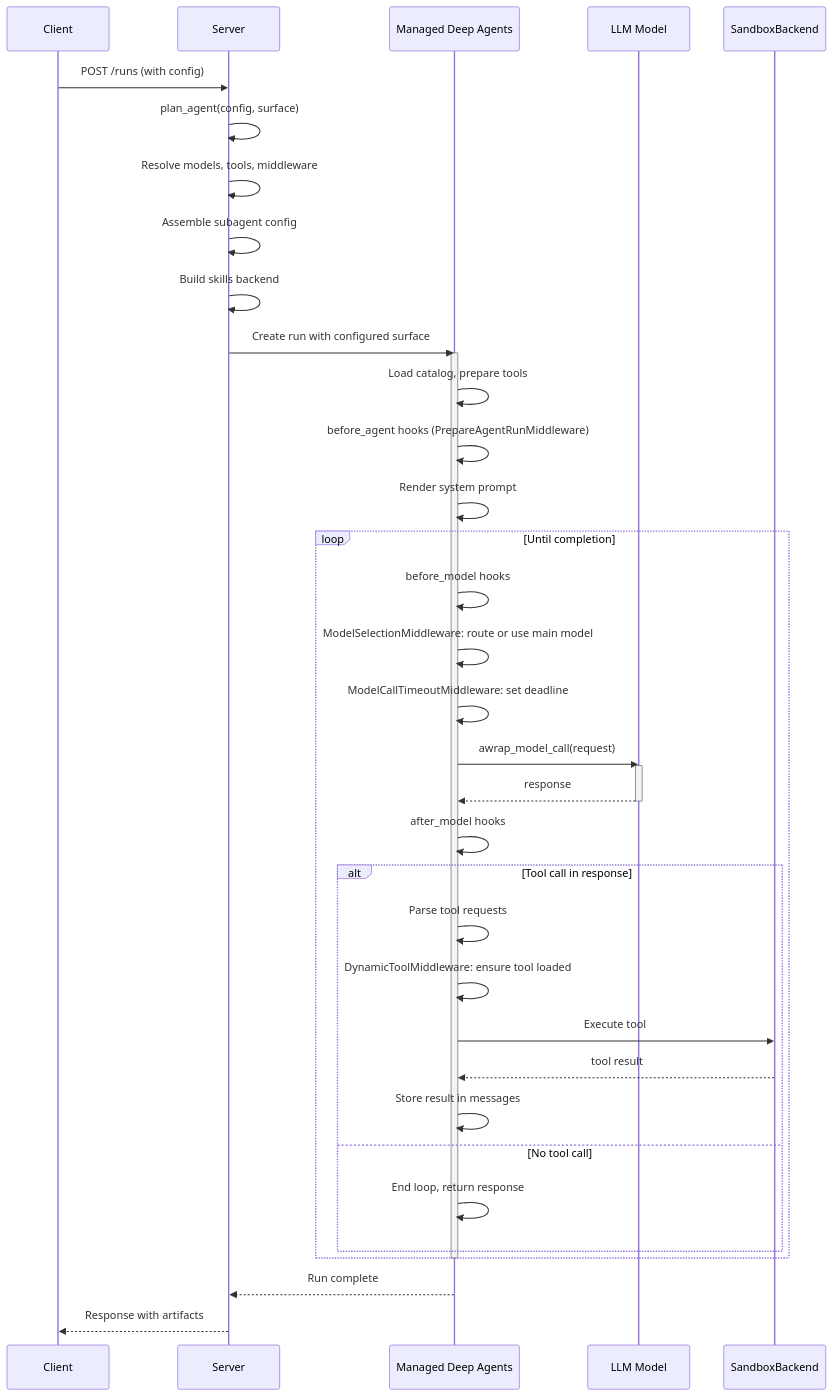
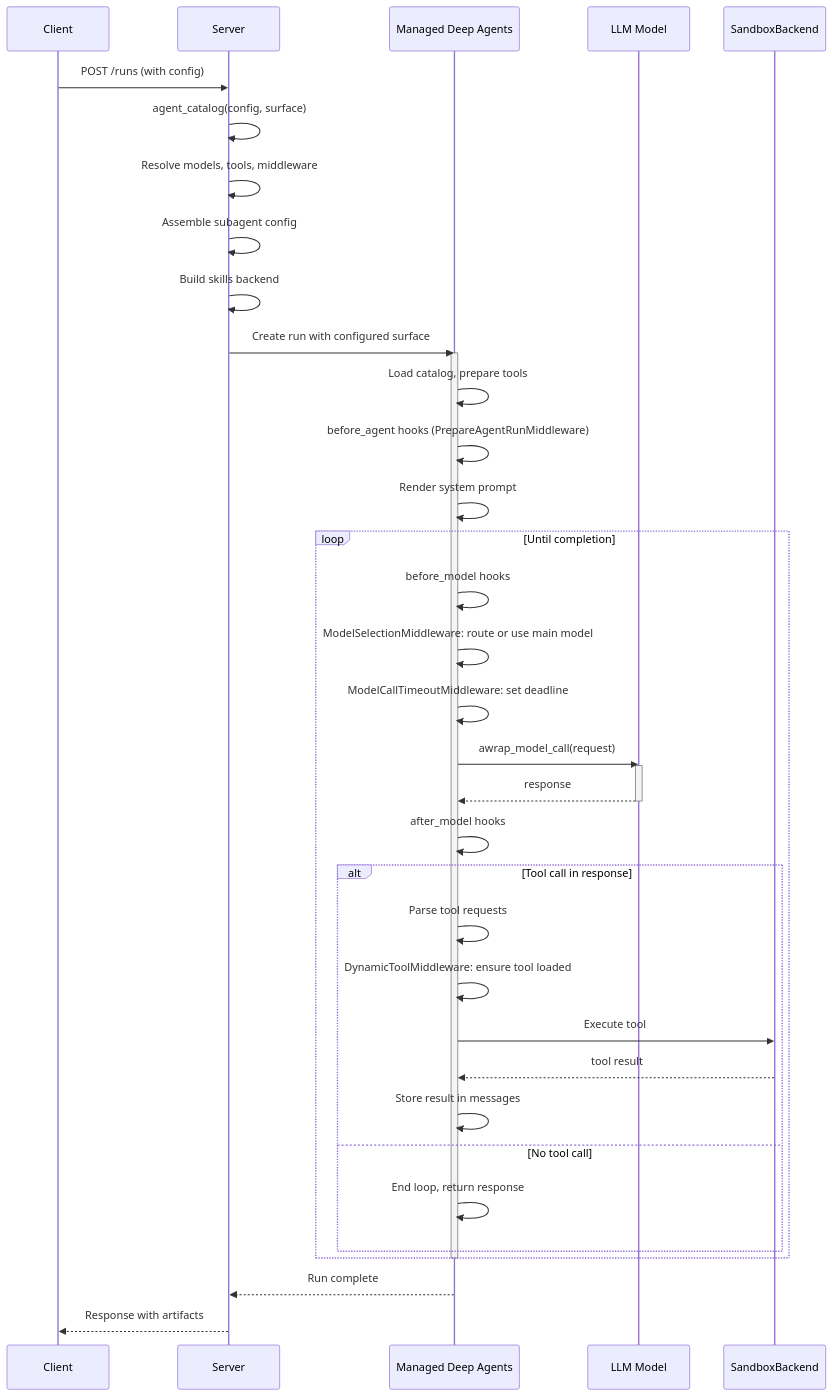
One commit to aeteq/open-swe changed the diagram in openwiki/architecture/agent-graph.md. Above: the diagram before and after it, drawn with Mermaid. The commit also changed other lines of this file and 47 other files, not shown here.

````diff
--- a/openwiki/architecture/agent-graph.md
+++ b/openwiki/architecture/agent-graph.md
@@ -165,49 +165,49 @@
 ```mermaid
 sequenceDiagram
     participant Client
     participant Server
     participant MDA as Managed Deep Agents
     participant Model as LLM Model
     participant Sandbox as SandboxBackend
 
     Client->>Server: POST /runs (with config)
-    Server->>Server: plan_agent(config, surface)
+    Server->>Server: agent_catalog(config, surface)
     
     Server->>Server: Resolve models, tools, middleware
     Server->>Server: Assemble subagent config
     Server->>Server: Build skills backend
     
     Server->>MDA: Create run with configured surface
     activate MDA
     
     MDA->>MDA: Load catalog, prepare tools
     MDA->>MDA: before_agent hooks (PrepareAgentRunMiddleware)
     MDA->>MDA: Render system prompt
     
     loop Until completion
         MDA->>MDA: before_model hooks
         MDA->>MDA: ModelSelectionMiddleware: route or use main model
         MDA->>MDA: ModelCallTimeoutMiddleware: set deadline
         
         MDA->>Model: awrap_model_call(request)
         activate Model
         Model-->>MDA: response
         deactivate Model
         
         MDA->>MDA: after_model hooks
         
         alt Tool call in response
             MDA->>MDA: Parse tool requests
             MDA->>MDA: DynamicToolMiddleware: ensure tool loaded
             MDA->>Sandbox: Execute tool
             Sandbox-->>MDA: tool result
             MDA->>MDA: Store result in messages
         else No tool call
             MDA->>MDA: End loop, return response
         end
     end
     
     deactivate MDA
     MDA-->>Server: Run complete
     Server-->>Client: Response with artifacts
 ```
````
